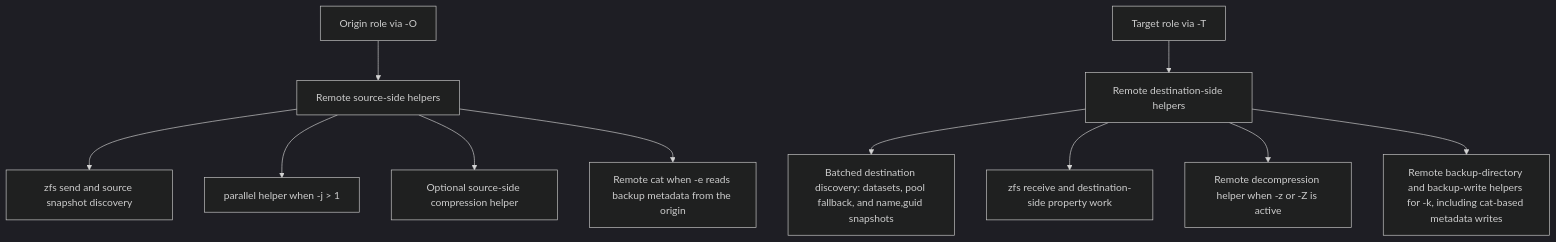
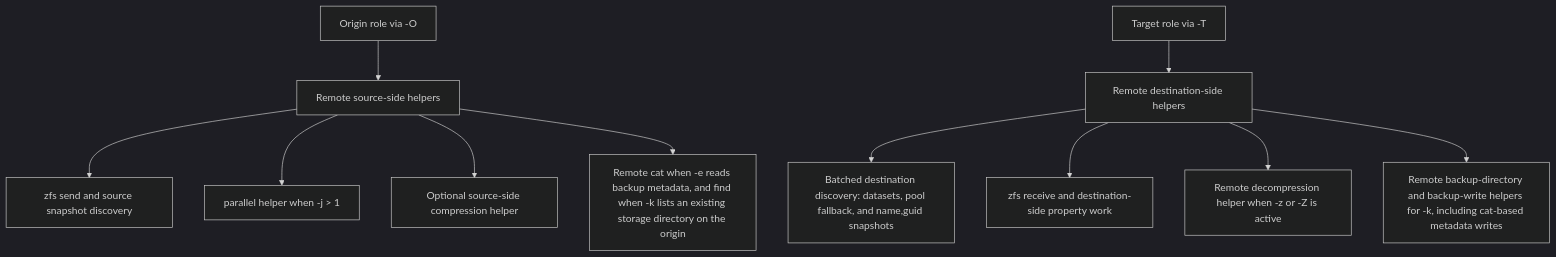
The second of 2 diagrams in docs/platforms.md (totalAldo/zxfer), drawn with Mermaid (dark theme) before and after one commit. The commit also changed other lines of this file and 199 other files, not shown here.

````diff
--- a/docs/platforms.md
+++ b/docs/platforms.md
@@ -163,14 +212,14 @@
 ```mermaid
 flowchart TD
     A["Origin role via -O"] --> B["Remote source-side helpers"]
     B --> C["zfs send and source snapshot discovery"]
     B --> D["parallel helper when -j > 1"]
     B --> E["Optional source-side compression helper"]
-    B --> F["Remote cat when -e reads backup metadata from the origin"]
+    B --> F["Remote cat when -e reads backup metadata, and find when -k lists an existing storage directory on the origin"]
 
     G["Target role via -T"] --> H["Remote destination-side helpers"]
     H --> I["Batched destination discovery: datasets, pool fallback, and name,guid snapshots"]
     H --> J["zfs receive and destination-side property work"]
     H --> K["Remote decompression helper when -z or -Z is active"]
     H --> L["Remote backup-directory and backup-write helpers for -k, including cat-based metadata writes"]
 ```
````
